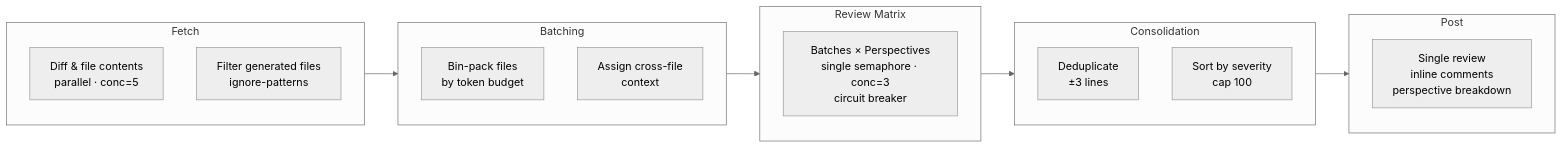
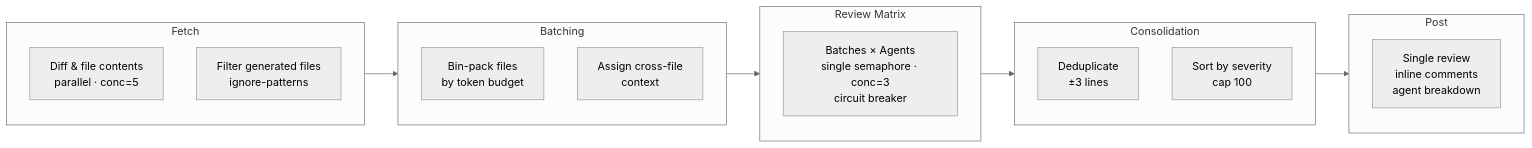
The diagram in README.md (4itworks/livvie_code_review), drawn with Mermaid (neutral theme) before and after one commit. The commit also changed other lines of this file and 19 other files, not shown here.

First line of the commit message:
feat!: v2 user-defined agent files replacing hardcoded perspectives (#11)

````diff
--- a/README.md
+++ b/README.md
@@ -57,27 +60,22 @@
 ```mermaid
 flowchart LR
     subgraph FETCH["Fetch"]
         F1["Diff & file contents<br/>parallel · conc=5"]
         F2["Filter generated files<br/>ignore-patterns"]
     end
-
     subgraph BATCH["Batching"]
         B1["Bin-pack files<br/>by token budget"]
         B2["Assign cross-file<br/>context"]
     end
-
     subgraph REVIEW["Review Matrix"]
-        R1["Batches × Perspectives<br/>single semaphore · conc=3<br/>circuit breaker"]
+        R1["Batches × Agents<br/>single semaphore · conc=3<br/>circuit breaker"]
     end
-
     subgraph CONSOL["Consolidation"]
         C1["Deduplicate<br/>±3 lines"]
         C2["Sort by severity<br/>cap 100"]
     end
-
     subgraph POST["Post"]
-        P1["Single review<br/>inline comments<br/>perspective breakdown"]
+        P1["Single review<br/>inline comments<br/>agent breakdown"]
     end
-
     FETCH --> BATCH --> REVIEW --> CONSOL --> POST
 ```
````
